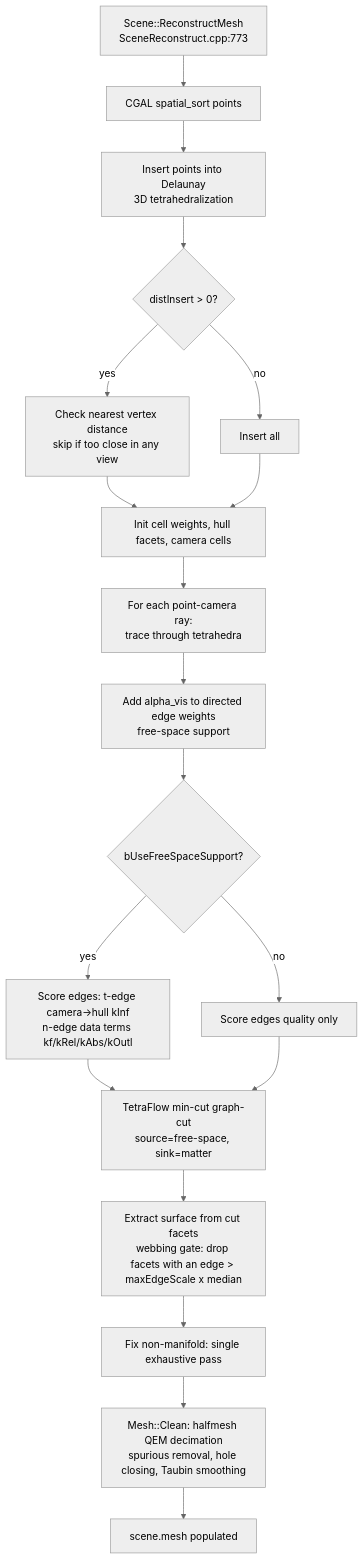
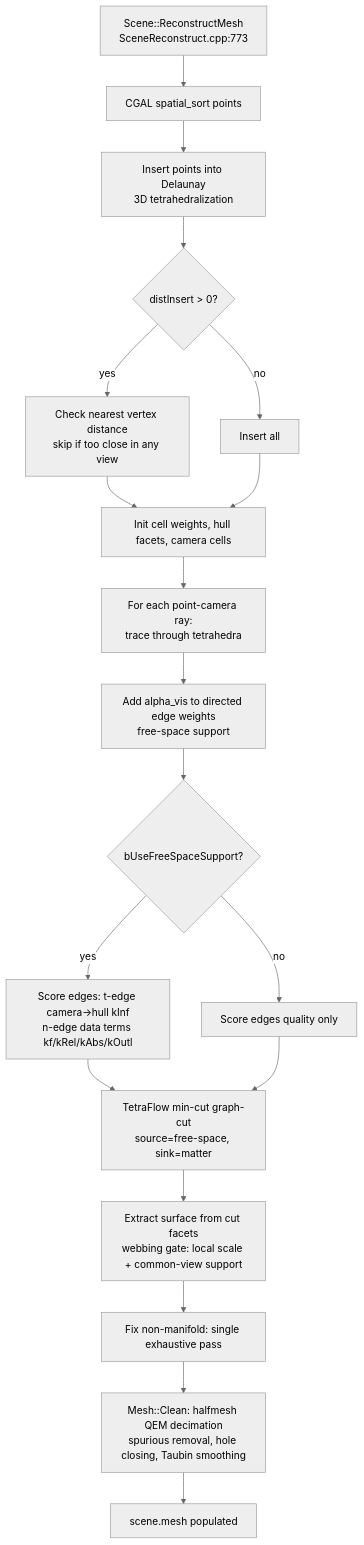
The seventh of 10 diagrams in docs/pipeline-traces.md (cdcseacave/openMVS), drawn with Mermaid (neutral theme) before and after one commit. The commit also changed other lines of this file and 6 other files, not shown here.

````diff
--- a/docs/pipeline-traces.md
+++ b/docs/pipeline-traces.md
@@ -507,21 +507,21 @@
 ```mermaid
 graph TD
     A[Scene::ReconstructMesh<br/>SceneReconstruct.cpp:773] --> B[CGAL spatial_sort points]
     B --> C[Insert points into Delaunay<br/>3D tetrahedralization]
     C --> C1{distInsert > 0?}
     C1 -->|yes| C2[Check nearest vertex distance<br/>skip if too close in any view]
     C1 -->|no| C3[Insert all]
     C2 --> D
     C3 --> D[Init cell weights, hull facets, camera cells]
     D --> E[For each point-camera ray:<br/>trace through tetrahedra]
     E --> E1[Add alpha_vis to directed edge weights<br/>free-space support]
     E1 --> F{bUseFreeSpaceSupport?}
     F -->|yes| G[Score edges: t-edge camera->hull kInf<br/>n-edge data terms kf/kRel/kAbs/kOutl]
     F -->|no| H[Score edges quality only]
     G --> I[TetraFlow min-cut graph-cut<br/>source=free-space, sink=matter]
     H --> I
-    I --> J[Extract surface from cut facets<br/>webbing gate: drop facets with an edge > maxEdgeScale x median]
+    I --> J[Extract surface from cut facets<br/>webbing gate: local scale + common-view support]
     J --> K[Fix non-manifold: single exhaustive pass]
     K --> L[Mesh::Clean: halfmesh QEM decimation<br/>spurious removal, hole closing, Taubin smoothing]
     L --> M[scene.mesh populated]
 ```
````
